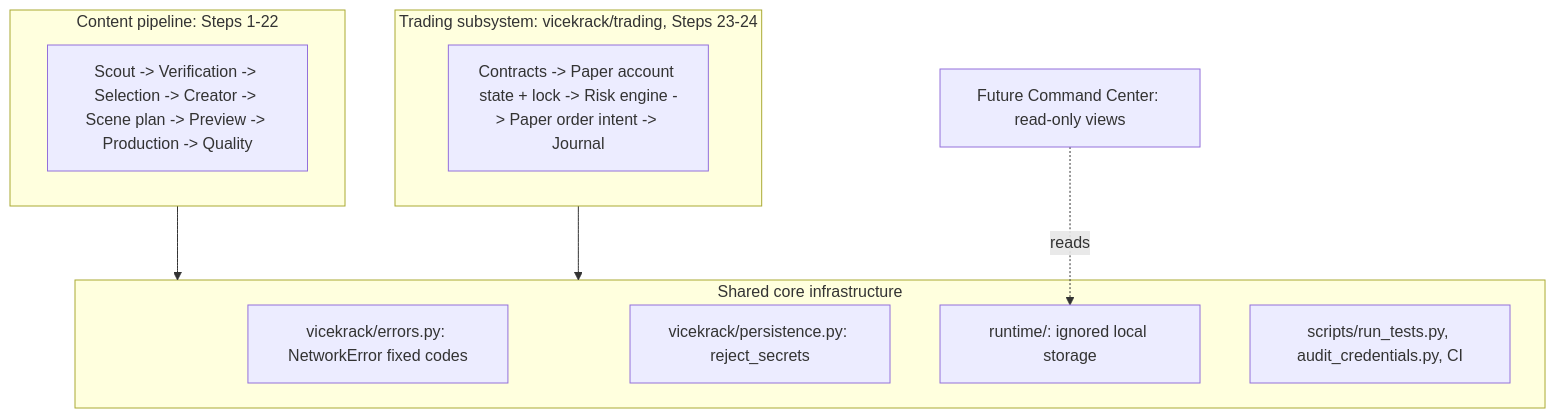
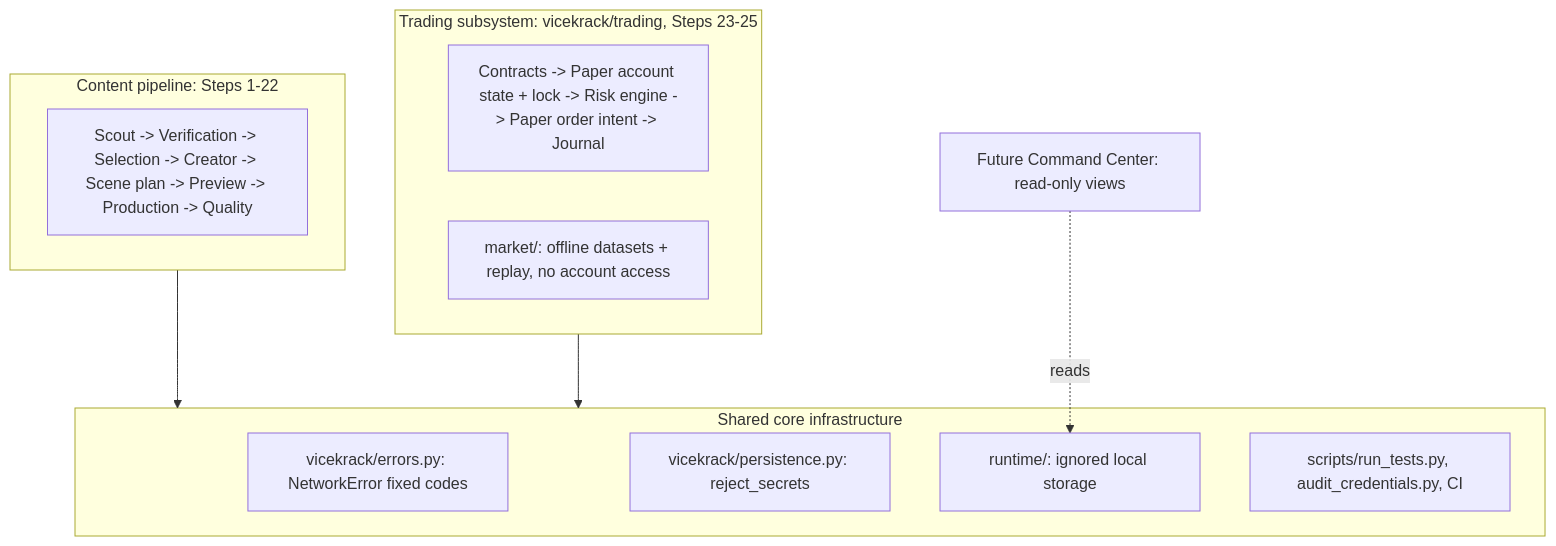
One commit to richburtonjr-pixel/-Vicekrack-agent-network changed the diagram in docs/subsystems.md. Above: the diagram before and after it, drawn with Mermaid. The commit also changed other lines of this file and 22 other files, not shown here.

First line of the commit message:
Step 25: validated offline market-data ingestion and bounded replay

````diff
--- a/docs/subsystems.md
+++ b/docs/subsystems.md
@@ -6,19 +6,20 @@
 ```mermaid
 flowchart TB
     subgraph Core[Shared core infrastructure]
         E[vicekrack/errors.py: NetworkError fixed codes]
         P[vicekrack/persistence.py: reject_secrets]
         R[runtime/: ignored local storage]
         CI[scripts/run_tests.py, audit_credentials.py, CI]
     end
     subgraph Content[Content pipeline: Steps 1-22]
         C1[Scout -> Verification -> Selection -> Creator -> Scene plan -> Preview -> Production -> Quality]
     end
-    subgraph Trading[Trading subsystem: vicekrack/trading, Steps 23-24]
+    subgraph Trading[Trading subsystem: vicekrack/trading, Steps 23-25]
         T1[Contracts -> Paper account state + lock -> Risk engine -> Paper order intent -> Journal]
+        T2[market/: offline datasets + replay, no account access]
     end
     CC[Future Command Center: read-only views]
     Content --> Core
     Trading --> Core
     CC -. reads .-> R
 ```
````
